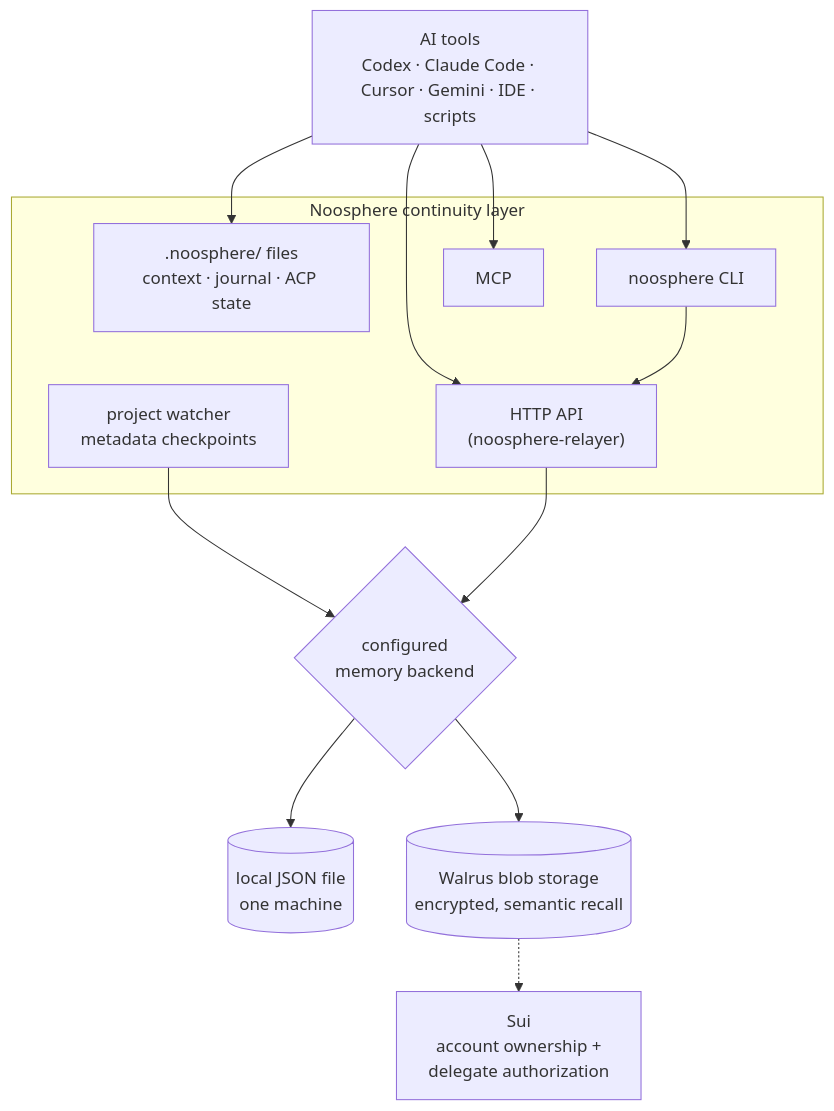
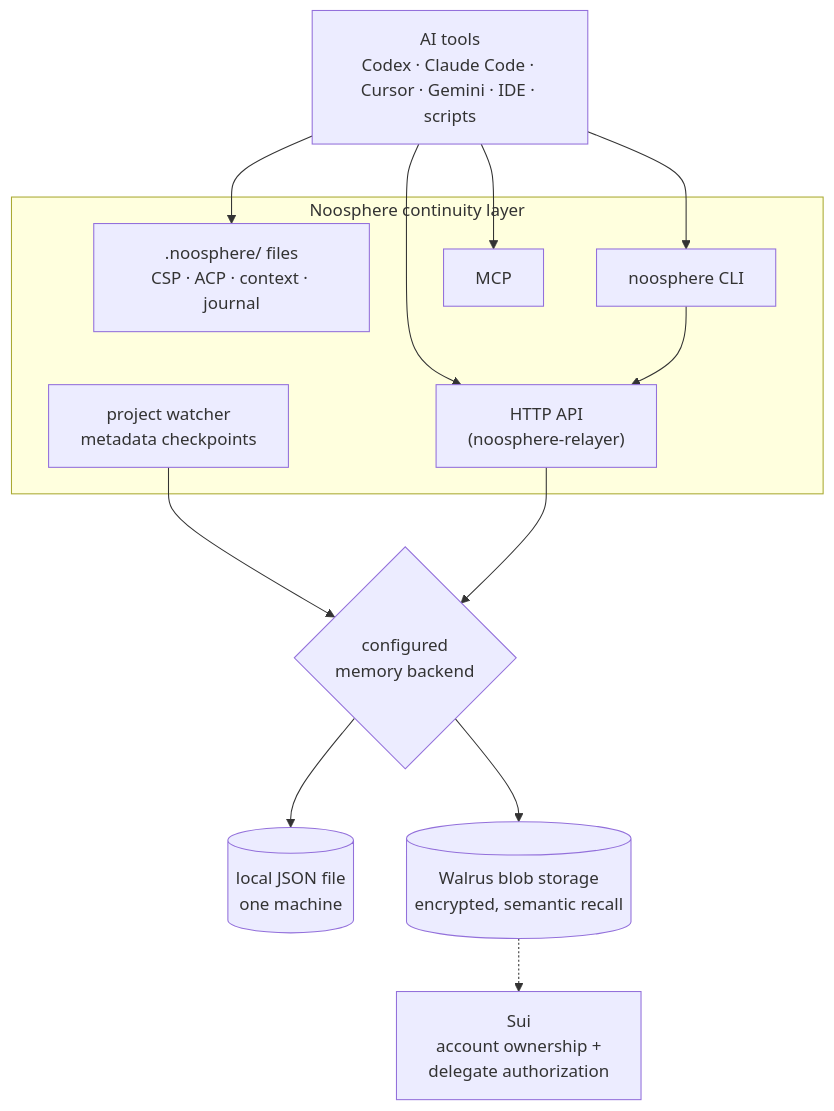
One commit to papmilan/noosphere changed the first of 2 diagrams in README.md. Above: the diagram before and after it, drawn with Mermaid. The commit also changed other lines of this file and 4 other files, not shown here.

````diff
--- a/README.md
+++ b/README.md
@@ -160,25 +160,25 @@
 ```mermaid
 flowchart TD
     tools["AI tools<br/>Codex · Claude Code · Cursor · Gemini · IDE · scripts"]
 
     subgraph noosphere["Noosphere continuity layer"]
-        files[".noosphere/ files<br/>context · journal · ACP state"]
+        files[".noosphere/ files<br/>CSP · ACP · context · journal"]
         cli["noosphere CLI"]
         http["HTTP API<br/>(noosphere-relayer)"]
         mcp["MCP"]
         watcher["project watcher<br/>metadata checkpoints"]
     end
 
     backend{"configured<br/>memory backend"}
     localfile[("local JSON file<br/>one machine")]
     walrus[("Walrus blob storage<br/>encrypted, semantic recall")]
     sui["Sui<br/>account ownership +<br/>delegate authorization"]
 
     tools --> files & cli & http & mcp
     watcher --> backend
     cli --> http
     http --> backend
     backend --> localfile
     backend --> walrus
     walrus -.-> sui
 ```
````
